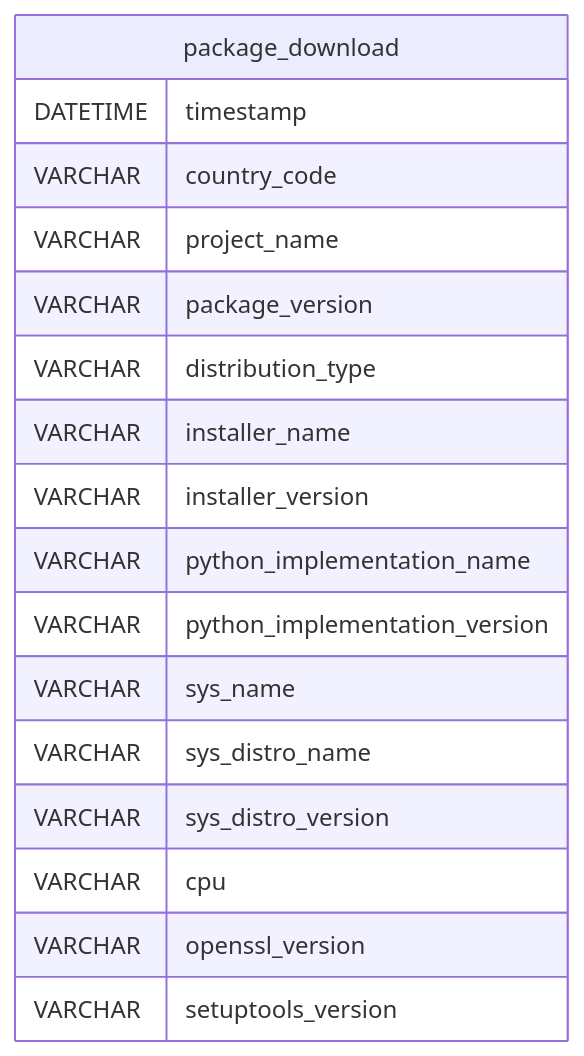
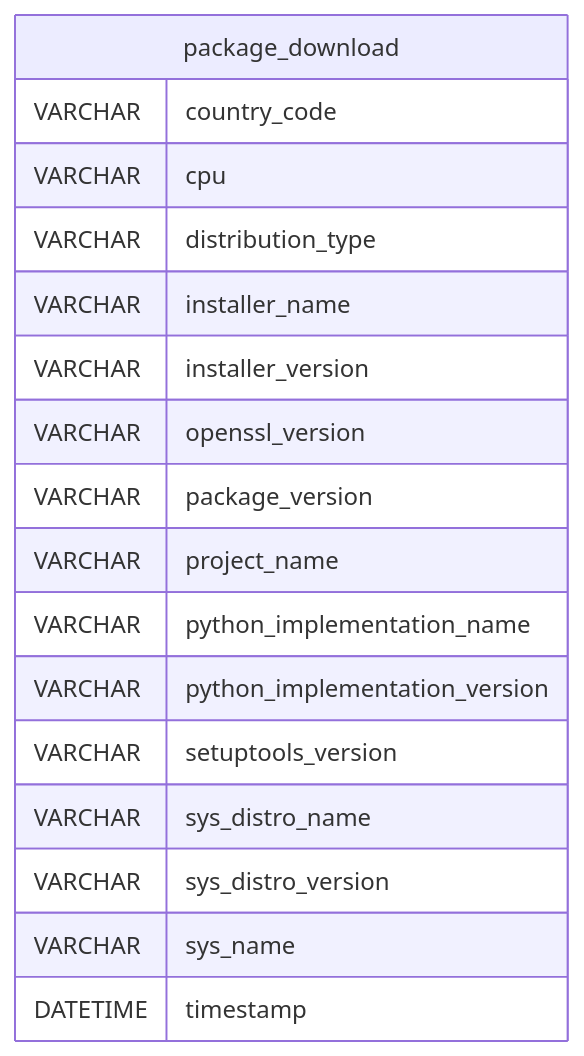
The diagram in _sources/dataset-pages/pypi_downloads.md (sscu-budapest/explorer), drawn with Mermaid before and after one commit. The commit also changed 12 other files, not shown here.

````diff
--- a/_sources/dataset-pages/pypi_downloads.md
+++ b/_sources/dataset-pages/pypi_downloads.md
@@ -8,20 +8,20 @@
 ```{mermaid}
 erDiagram
   package_download {    
-    DATETIME timestamp      
     VARCHAR country_code      
-    VARCHAR project_name      
-    VARCHAR package_version      
+    VARCHAR cpu      
     VARCHAR distribution_type      
     VARCHAR installer_name      
     VARCHAR installer_version      
+    VARCHAR openssl_version      
+    VARCHAR package_version      
+    VARCHAR project_name      
     VARCHAR python_implementation_name      
     VARCHAR python_implementation_version      
-    VARCHAR sys_name      
+    VARCHAR setuptools_version      
     VARCHAR sys_distro_name      
     VARCHAR sys_distro_version      
-    VARCHAR cpu      
-    VARCHAR openssl_version      
-    VARCHAR setuptools_version  
+    VARCHAR sys_name      
+    DATETIME timestamp  
   }
 ```
````
